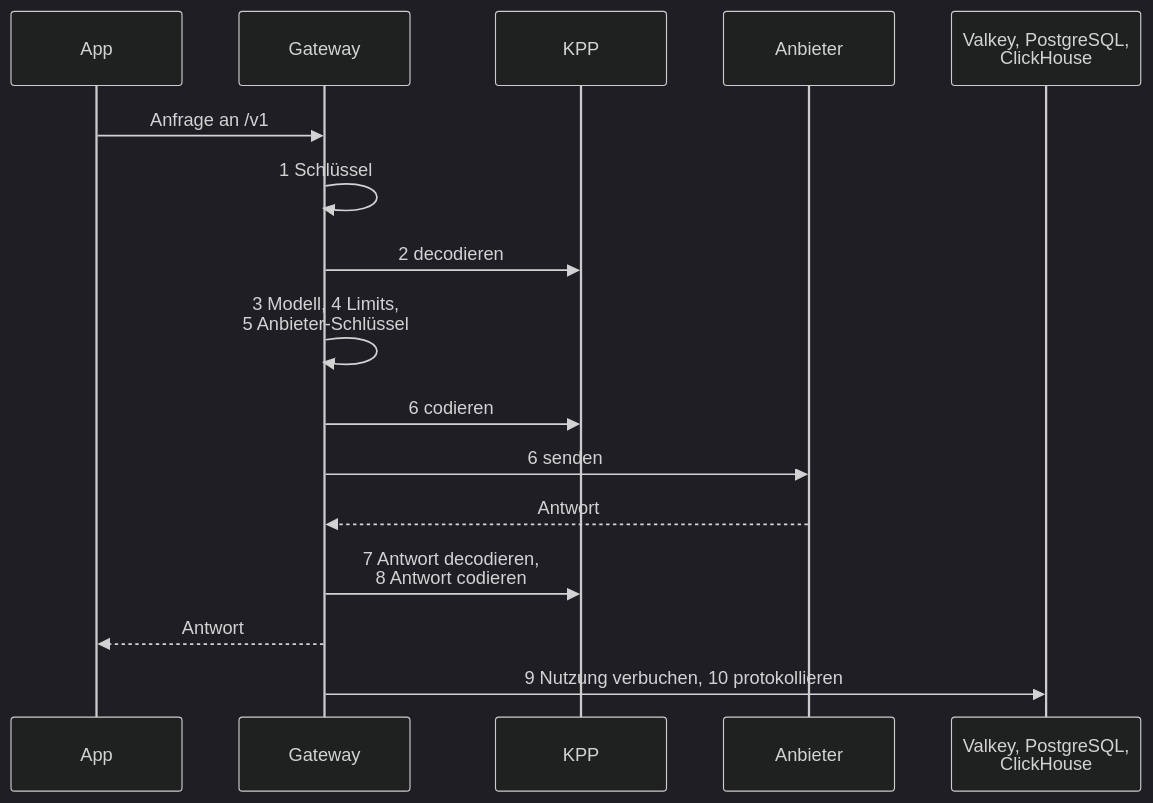
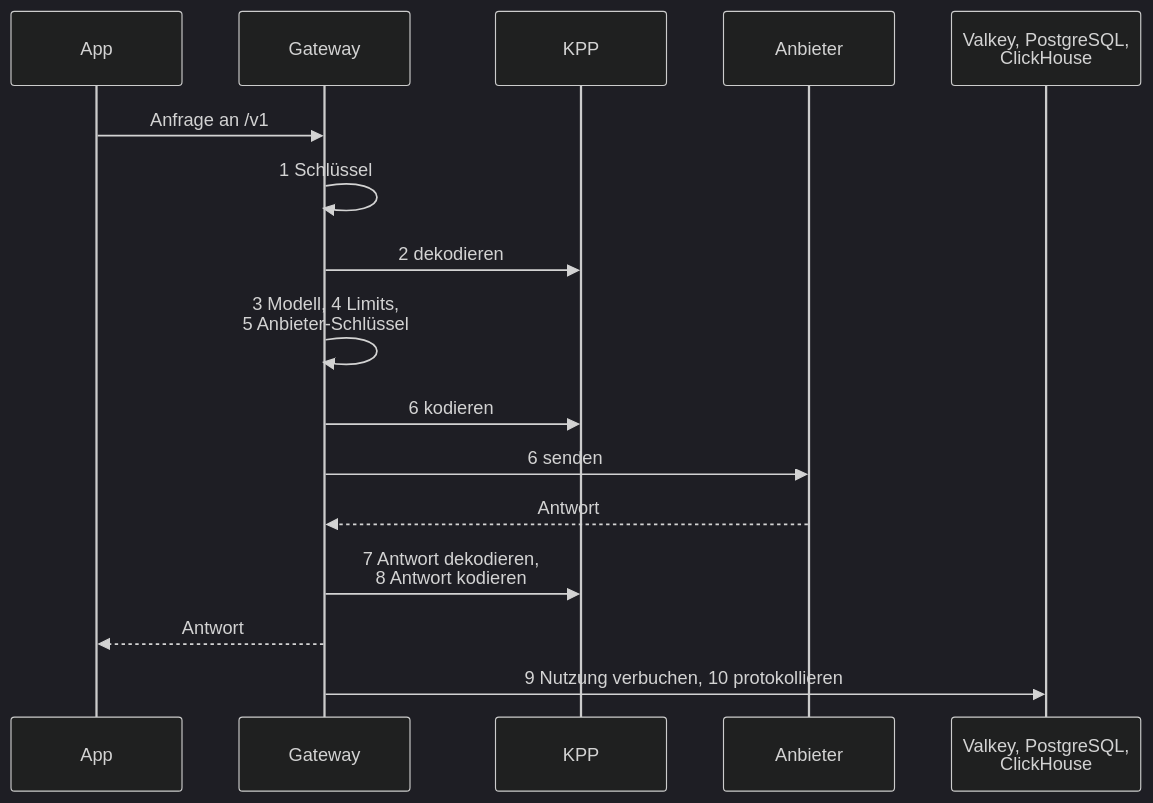
One commit to logicplanes/kaeso changed the diagram in apps/docs/content/de/development/architecture/gateway.md. Above: the diagram before and after it, drawn with Mermaid (dark theme). The commit also changed other lines of this file and 34 other files, not shown here.

First line of the commit message:
Make the architecture overview a short guide and tighten the gateway and console pages

````diff
--- a/apps/docs/content/de/development/architecture/gateway.md
+++ b/apps/docs/content/de/development/architecture/gateway.md
@@ -11,20 +13,20 @@
 ```mermaid
 sequenceDiagram
   accTitle: Der Weg einer Anfrage an die Modell-API
-  accDescr: Das Gateway prüft den Schlüssel, decodiert die Anfrage mit KPP, löst das Modell auf, prüft die Limits, wählt den Anbieter-Schlüssel, codiert die Anfrage mit KPP und sendet sie. Es decodiert die Antwort und codiert sie mit KPP für die App, verbucht dann die Nutzung in Valkey und PostgreSQL und protokolliert die Anfrage in ClickHouse.
+  accDescr: Das Gateway prüft den Schlüssel, dekodiert die Anfrage mit KPP, löst das Modell auf, prüft die Limits, wählt den Anbieter-Schlüssel, kodiert die Anfrage mit KPP und sendet sie. Es dekodiert die Antwort und kodiert sie mit KPP für die App, verbucht dann die Nutzung in Valkey und PostgreSQL und protokolliert die Anfrage in ClickHouse.
   participant App
   participant Gateway
   participant KPP
   participant Provider as Anbieter
   participant Stores as Valkey, PostgreSQL,<br>ClickHouse
   App->>Gateway: Anfrage an /v1
   Gateway->>Gateway: 1 Schlüssel
-  Gateway->>KPP: 2 decodieren
+  Gateway->>KPP: 2 dekodieren
   Gateway->>Gateway: 3 Modell, 4 Limits,<br>5 Anbieter-Schlüssel
-  Gateway->>KPP: 6 codieren
+  Gateway->>KPP: 6 kodieren
   Gateway->>Provider: 6 senden
   Provider-->>Gateway: Antwort
-  Gateway->>KPP: 7 Antwort decodieren,<br>8 Antwort codieren
+  Gateway->>KPP: 7 Antwort dekodieren,<br>8 Antwort kodieren
   Gateway-->>App: Antwort
   Gateway->>Stores: 9 Nutzung verbuchen, 10 protokollieren
 ```
````
